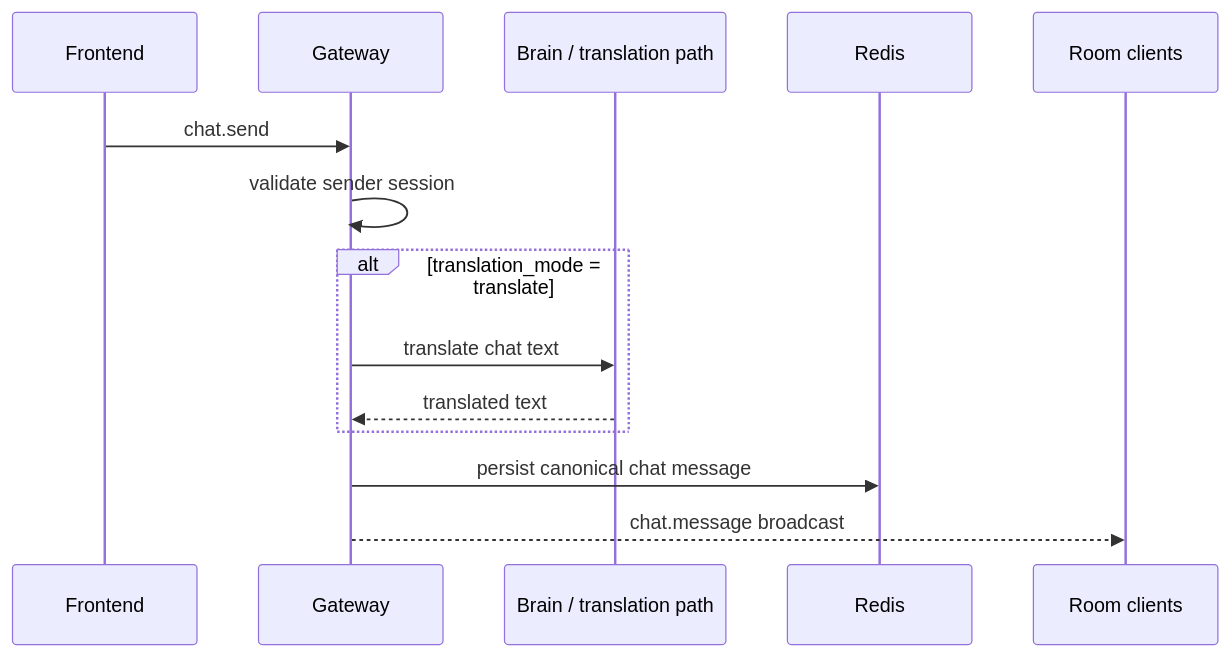
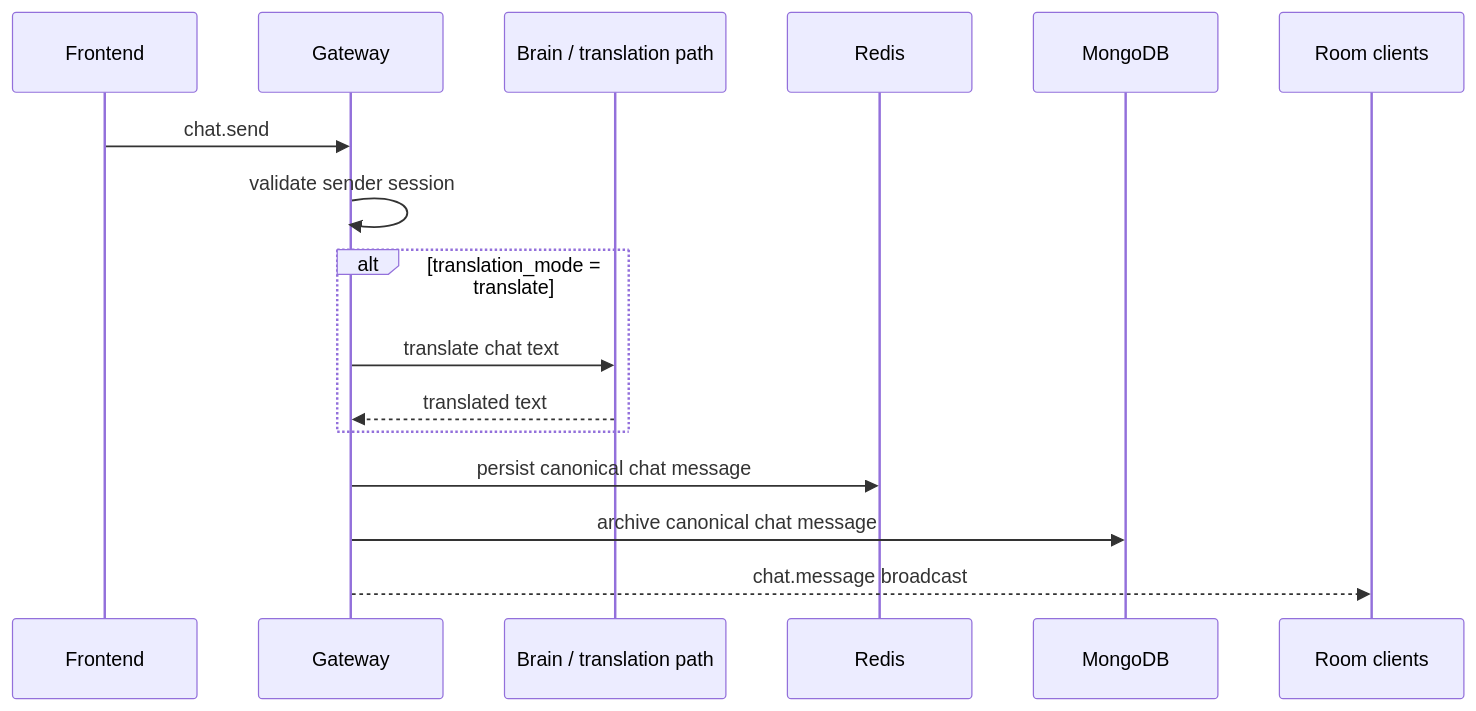
The seventh of 10 diagrams in docs/backend/README.md (Huy-8bit/MeetQ), drawn with Mermaid before and after one commit. The commit also changed other lines of this file and 18 other files, not shown here.

````diff
--- a/docs/backend/README.md
+++ b/docs/backend/README.md
@@ -424,17 +464,19 @@
 ```mermaid
 sequenceDiagram
     participant FE as Frontend
     participant GW as Gateway
     participant Brain as Brain / translation path
     participant Redis as Redis
+    participant Mongo as MongoDB
     participant Room as Room clients
 
     FE->>GW: chat.send
     GW->>GW: validate sender session
     alt translation_mode = translate
         GW->>Brain: translate chat text
         Brain-->>GW: translated text
     end
     GW->>Redis: persist canonical chat message
+    GW->>Mongo: archive canonical chat message
     GW-->>Room: chat.message broadcast
 ```
````
